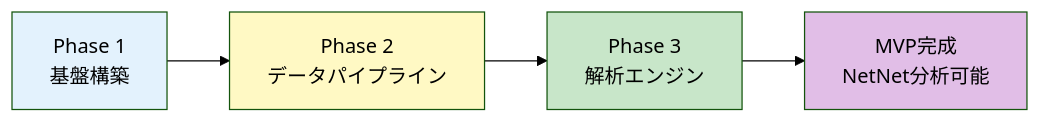
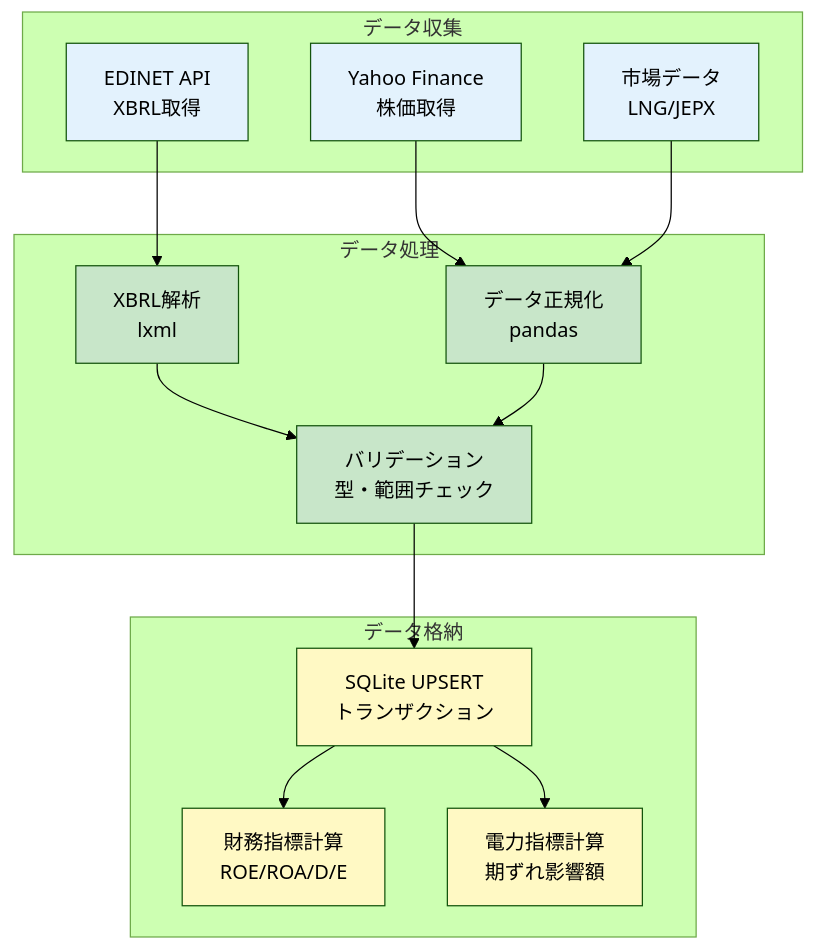
The second of 5 diagrams in specs/feature/impl-001-stock-analysis-system/tasks.md (J1921604/stock-analysis), drawn with Mermaid (forest theme) before and after one commit. The commit also changed other lines of this file and 35 other files, not shown here.

````diff
--- a/specs/feature/impl-001-stock-analysis-system/tasks.md
+++ b/specs/feature/impl-001-stock-analysis-system/tasks.md
@@ -3209,11 +94,39 @@
 ```mermaid
-flowchart LR
-    A[Phase 1<br/>基盤構築] --> B[Phase 2<br/>データパイプライン]
-    B --> C[Phase 3<br/>解析エンジン]
-    C --> D[MVP完成<br/>NetNet分析可能]
+flowchart TB
+    subgraph "データ収集"
+        A1[EDINET API<br/>XBRL取得]
+        A2[Yahoo Finance<br/>株価取得]
+        A3[市場データ<br/>LNG/JEPX]
+    end
     
-    style A fill:#e3f2fd
-    style B fill:#fff9c4
-    style C fill:#c8e6c9
-    style D fill:#e1bee7
+    subgraph "データ処理"
+        B1[XBRL解析<br/>lxml]
+        B2[データ正規化<br/>pandas]
+        B3[バリデーション<br/>型・範囲チェック]
+    end
+    
+    subgraph "データ格納"
+        C1[SQLite UPSERT<br/>トランザクション]
+        C2[財務指標計算<br/>ROE/ROA/D/E]
+        C3[電力指標計算<br/>期ずれ影響額]
+    end
+    
+    A1 --> B1
+    A2 --> B2
+    A3 --> B2
+    B1 --> B3
+    B2 --> B3
+    B3 --> C1
+    C1 --> C2
+    C1 --> C3
+    
+    style A1 fill:#e3f2fd
+    style A2 fill:#e3f2fd
+    style A3 fill:#e3f2fd
+    style B1 fill:#c8e6c9
+    style B2 fill:#c8e6c9
+    style B3 fill:#c8e6c9
+    style C1 fill:#fff9c4
+    style C2 fill:#fff9c4
+    style C3 fill:#fff9c4
 ```
````
